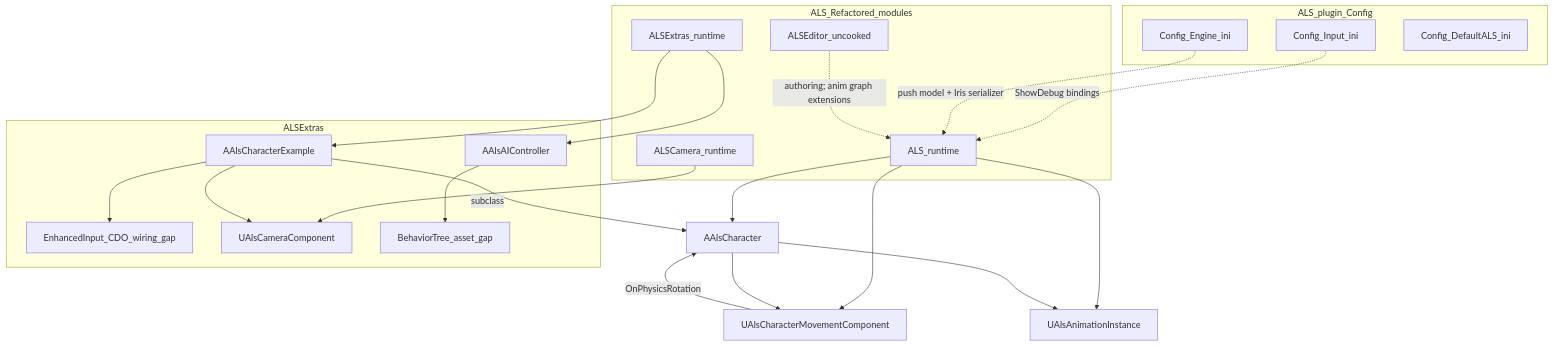
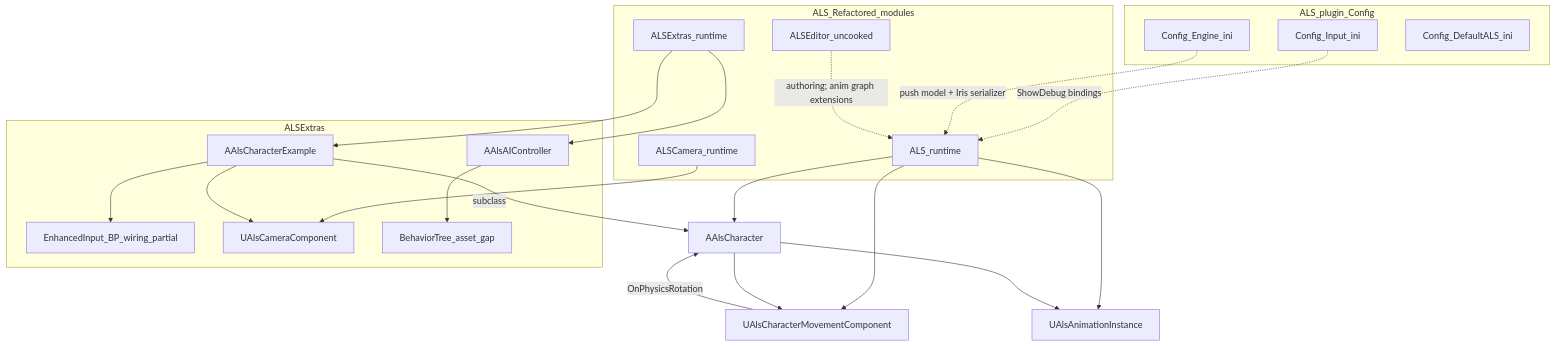
The diagram in Plugins/ALS-Refactored/SYSTEM_MAP.md (btn0s/echelon_05), drawn with Mermaid before and after one commit. The commit also changed other lines of this file and 7 other files, not shown here.

````diff
--- a/Plugins/ALS-Refactored/SYSTEM_MAP.md
+++ b/Plugins/ALS-Refactored/SYSTEM_MAP.md
@@ -212,47 +222,47 @@
 ```mermaid
 flowchart TB
   subgraph cfg [ALS_plugin_Config]
     inputIni[Config_Input_ini]
     engineIni[Config_Engine_ini]
     defaultALS[Config_DefaultALS_ini]
   end
 
   subgraph mods [ALS_Refactored_modules]
     mALS[ALS_runtime]
     mCam[ALSCamera_runtime]
     mEx[ALSExtras_runtime]
     mEd[ALSEditor_uncooked]
   end
 
   char[AAlsCharacter]
   mv[UAlsCharacterMovementComponent]
   anim[UAlsAnimationInstance]
 
   subgraph sample [ALSExtras]
     ex[AAlsCharacterExample]
-    eis[EnhancedInput_CDO_wiring_gap]
+    eis[EnhancedInput_BP_wiring_partial]
     cam[UAlsCameraComponent]
     aiCtrl[AAlsAIController]
     btAsset[BehaviorTree_asset_gap]
   end
 
   inputIni -.->|ShowDebug bindings| mALS
   engineIni -.->|push model + Iris serializer| mALS
 
   mALS --> char
   mALS --> mv
   mALS --> anim
   mCam --> cam
   mEx --> ex
   mEx --> aiCtrl
   mEd -.->|authoring; anim graph extensions| mALS
 
   ex -->|"subclass"| char
   ex --> cam
   ex --> eis
 
   char --> mv
   char --> anim
   mv -->|"OnPhysicsRotation"| char
   aiCtrl --> btAsset
 ```
````
